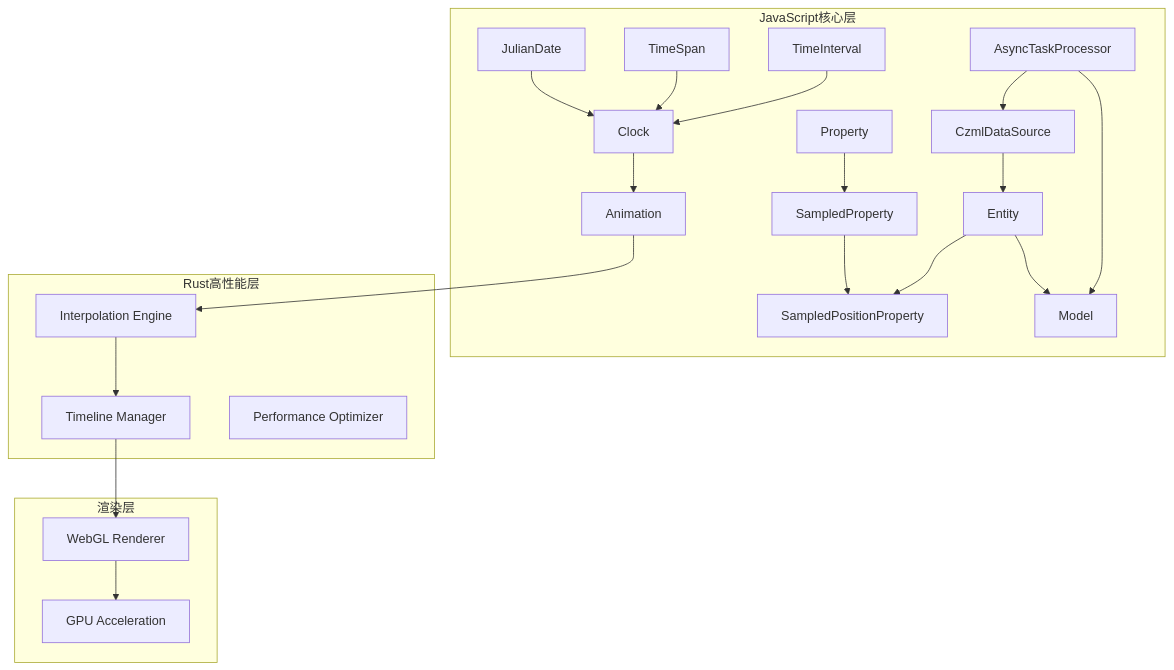
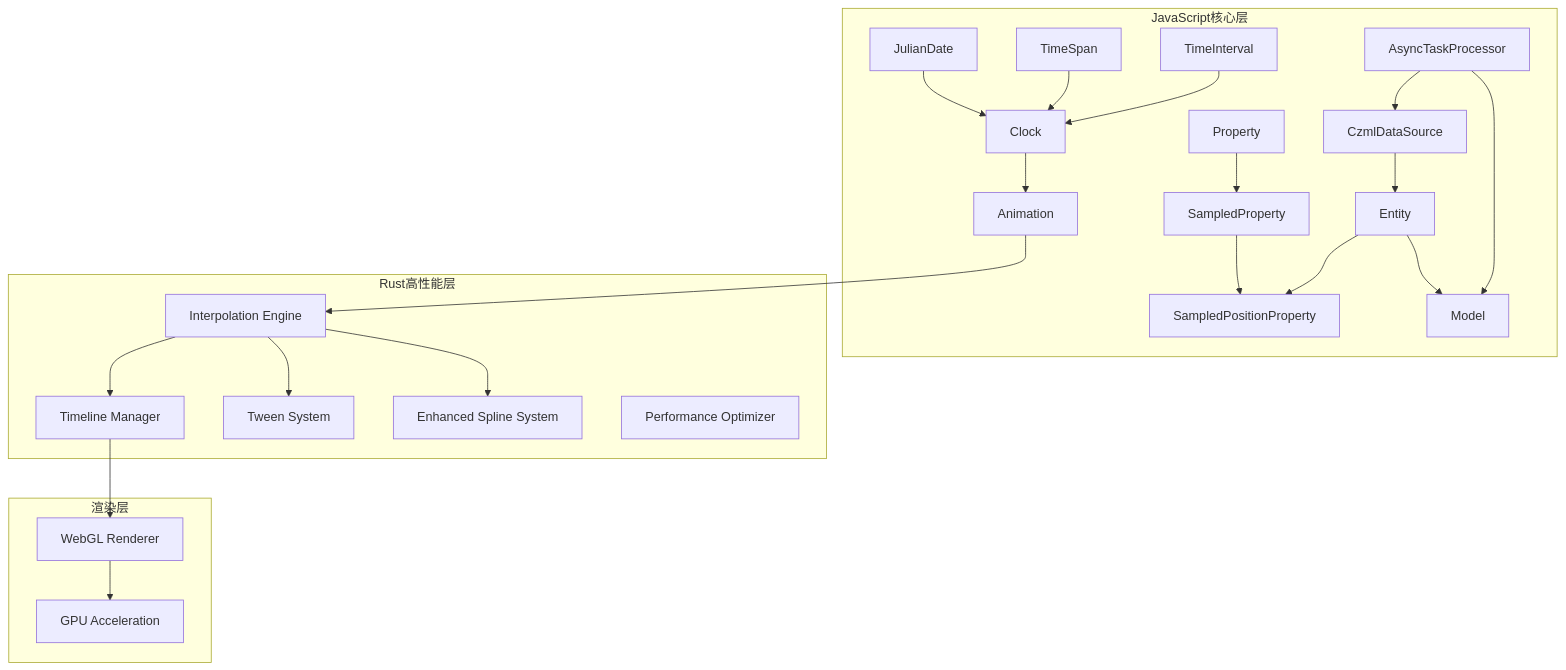
One commit to rzhangjing/cesium changed the first of 17 diagrams in .qoder/repowiki/zh/content/项目概述/核心特性/动画与时间系统/动画与时间系统.md. Above: the diagram before and after it, drawn with Mermaid. The commit also changed other lines of this file and 56 other files, not shown here.

````diff
--- a/.qoder/repowiki/zh/content/项目概述/核心特性/动画与时间系统/动画与时间系统.md
+++ b/.qoder/repowiki/zh/content/项目概述/核心特性/动画与时间系统/动画与时间系统.md
@@ -68,41 +77,45 @@
 ```mermaid
 graph TB
 subgraph "JavaScript核心层"
 JD["JulianDate"]
 TS["TimeSpan"]
 TI["TimeInterval"]
 CLK["Clock"]
 ANM["Animation"]
 PROP["Property"]
 SP["SampledProperty"]
 SPP["SampledPositionProperty"]
 CZML["CzmlDataSource"]
 ENT["Entity"]
 MDL["Model"]
 ATP["AsyncTaskProcessor"]
 end
 subgraph "Rust高性能层"
 INT["Interpolation Engine"]
 TL["Timeline Manager"]
+TWEEN["Tween System"]
+SPLINE["Enhanced Spline System"]
 PERF["Performance Optimizer"]
 end
 subgraph "渲染层"
 RENDER["WebGL Renderer"]
 GPU["GPU Acceleration"]
 end
 JD --> CLK
 TS --> CLK
 TI --> CLK
 CLK --> ANM
 PROP --> SP
 SP --> SPP
 CZML --> ENT
 ENT --> SPP
 ENT --> MDL
 ATP --> CZML
 ATP --> MDL
 ANM --> INT
 INT --> TL
+INT --> TWEEN
+INT --> SPLINE
 TL --> RENDER
 RENDER --> GPU
 ```
````
